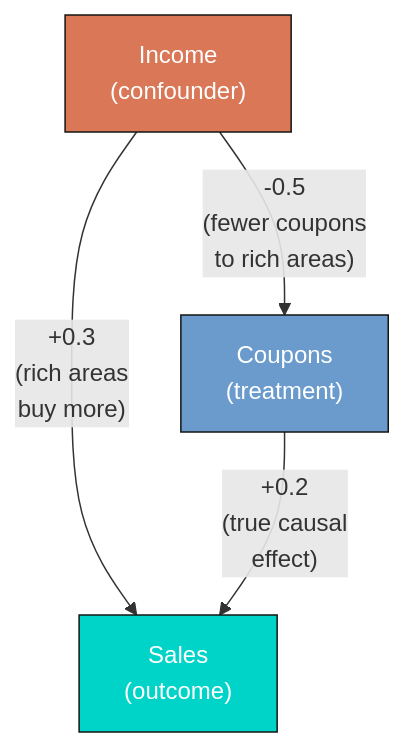
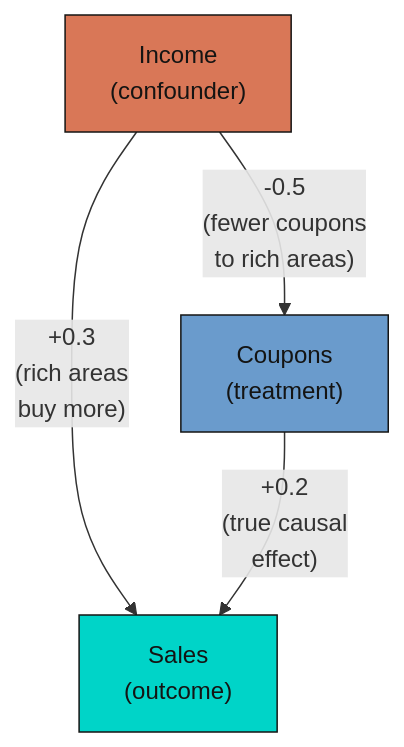
One commit to cmg777/starter-academic-v501 changed the second of 2 diagrams in content/post/r_fwlplot/index.md. Above: the diagram before and after it, drawn with Mermaid. The commit also changed other lines of this file and 67 other files, not shown here.

First line of the commit message:
fix(mermaid): readable diagram text in both themes across the site

````diff
--- a/content/post/r_fwlplot/index.md
+++ b/content/post/r_fwlplot/index.md
@@ -266,14 +266,14 @@
 ```mermaid
 graph TD
     Income["Income<br/>(confounder)"]
     Coupons["Coupons<br/>(treatment)"]
     Sales["Sales<br/>(outcome)"]
 
     Income -->|"-0.5<br/>(fewer coupons<br/>to rich areas)"| Coupons
     Income -->|"+0.3<br/>(rich areas<br/>buy more)"| Sales
     Coupons -->|"+0.2<br/>(true causal<br/>effect)"| Sales
 
-    style Income fill:#d97757,stroke:#141413,color:#fff
-    style Coupons fill:#6a9bcc,stroke:#141413,color:#fff
-    style Sales fill:#00d4c8,stroke:#141413,color:#fff
+    style Income fill:#d97757,stroke:#141413,color:#141413
+    style Coupons fill:#6a9bcc,stroke:#141413,color:#141413
+    style Sales fill:#00d4c8,stroke:#141413,color:#141413
 ```
````
